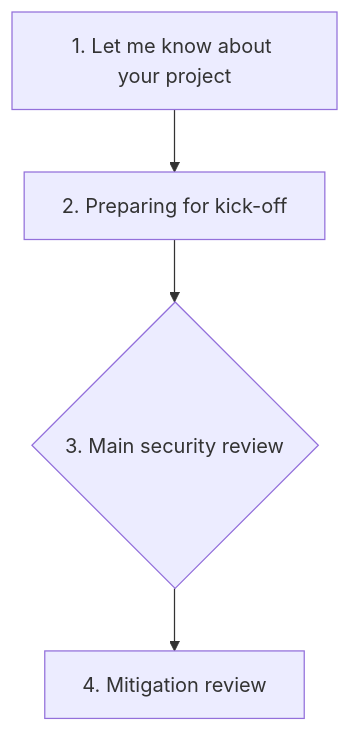
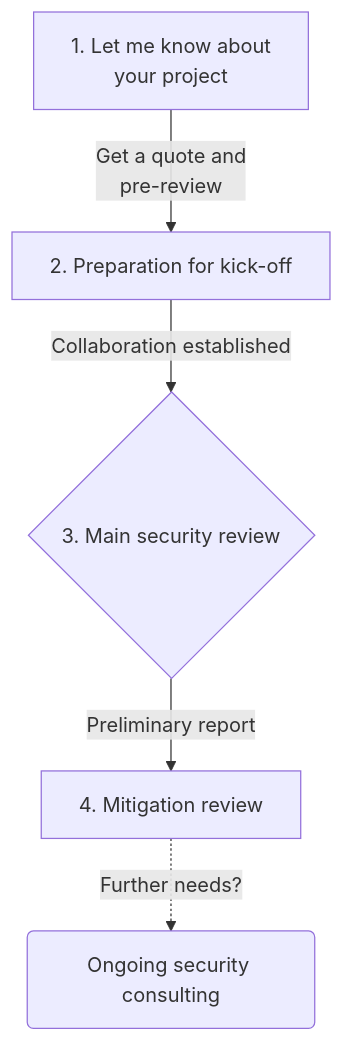
The diagram in review-process.md (MarioPoneder/marioponeder.github.io), drawn with Mermaid before and after one commit. The commit also changed other lines of this file and 1 other file, not shown here.

Commit message:
Improved diagram

````diff
--- a/review-process.md
+++ b/review-process.md
@@ -10,6 +11,7 @@
 ```mermaid
 graph TD;
-    A[1. Let me know about your project]-->B[2. Preparing for kick-off];
-    B-->C{3. Main security review};
-    C-->D[4. Mitigation review];
+    A[1. Let me know about<br>your project]-- Get a quote and<br>pre-review -->B[2. Preparation for kick-off];
+    B--Collaboration established-->C{3. Main security review};
+    C--Preliminary report-->D[4. Mitigation review];
+    D-. Further needs? .->E(Ongoing security consulting);
 ```
````
